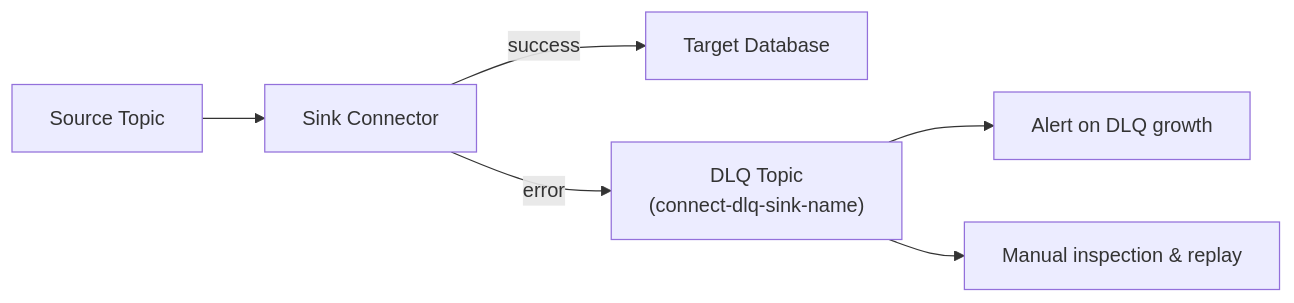
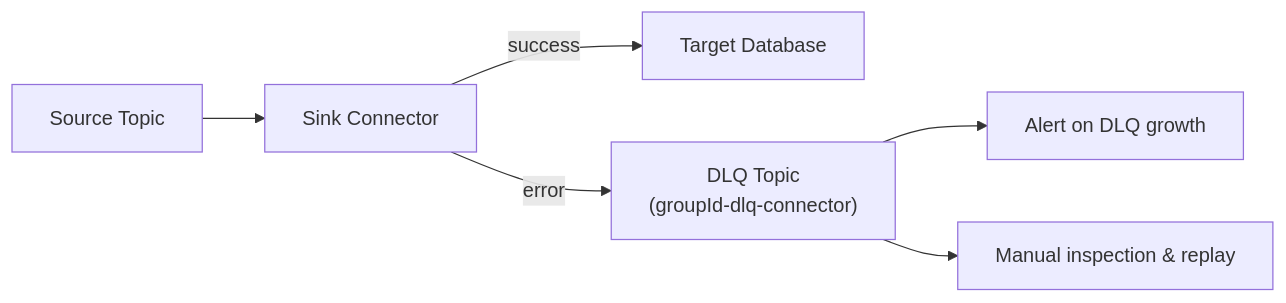
Before and after one commit to actions-marketplace-validations/bmscomp_kates: diagram 11 of 14 in docs/book/21-kafka-connect.md, drawn with Mermaid. The commit also changed other lines of this file and 284 other files, not shown here.

````diff
--- a/docs/book/21-kafka-connect.md
+++ b/docs/book/21-kafka-connect.md
@@ -666,8 +796,8 @@
 ```mermaid
 graph LR
     T["Source Topic"] --> SK["Sink Connector"]
     SK -->|"success"| DB["Target Database"]
-    SK -->|"error"| DLQ["DLQ Topic<br/>(connect-dlq-sink-name)"]
+    SK -->|"error"| DLQ["DLQ Topic<br/>(groupId-dlq-connector)"]
     DLQ --> ALERT["Alert on DLQ growth"]
     DLQ --> REPAIR["Manual inspection & replay"]
 ```
````
